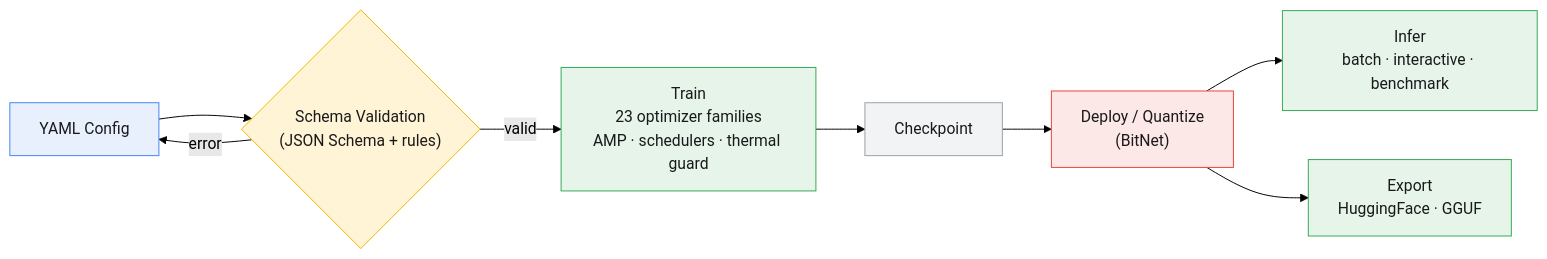
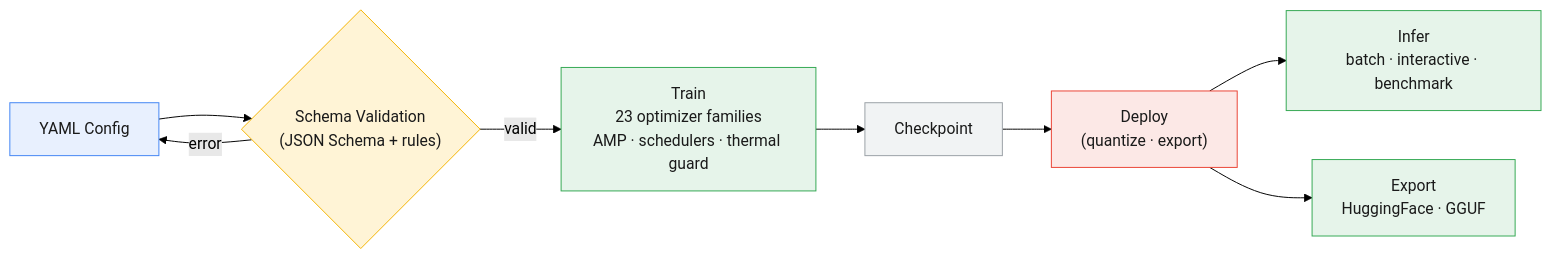
Before and after one commit to erickfmm/frankenstein-transformer: the first of 2 diagrams in README.md, drawn with Mermaid (forest theme). The commit also changed other lines of this file and 26 other files, not shown here.

````diff
--- a/README.md
+++ b/README.md
@@ -22,18 +22,18 @@
 ```mermaid
 flowchart LR
     A["YAML Config"] --> B{"Schema Validation<br/>(JSON Schema + rules)"}
     B -- valid --> C["Train<br/>23 optimizer families<br/>AMP · schedulers · thermal guard"]
     B -- error --> A
     C --> D["Checkpoint"]
-    D --> E["Deploy / Quantize<br/>(BitNet)"]
+    D --> E["Deploy<br/>(quantize · export)"]
     E --> F["Infer<br/>batch · interactive · benchmark"]
     E --> G["Export<br/>HuggingFace · GGUF"]
 
     style A fill:#e8f0fe,stroke:#4285f4,color:#1a1a1a
     style B fill:#fff4d6,stroke:#f4b400,color:#1a1a1a
     style C fill:#e6f4ea,stroke:#34a853,color:#1a1a1a
     style D fill:#f1f3f4,stroke:#9aa0a6,color:#1a1a1a
     style E fill:#fce8e6,stroke:#ea4335,color:#1a1a1a
     style F fill:#e6f4ea,stroke:#34a853,color:#1a1a1a
     style G fill:#e6f4ea,stroke:#34a853,color:#1a1a1a
 ```
````
